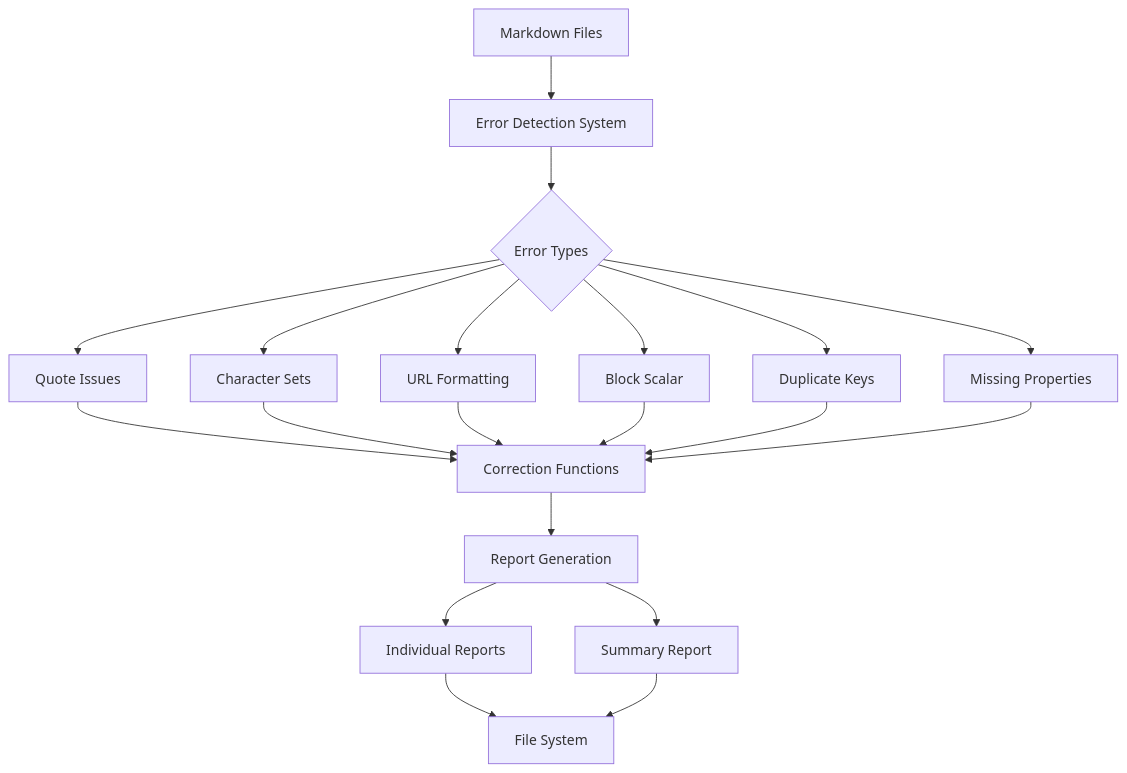
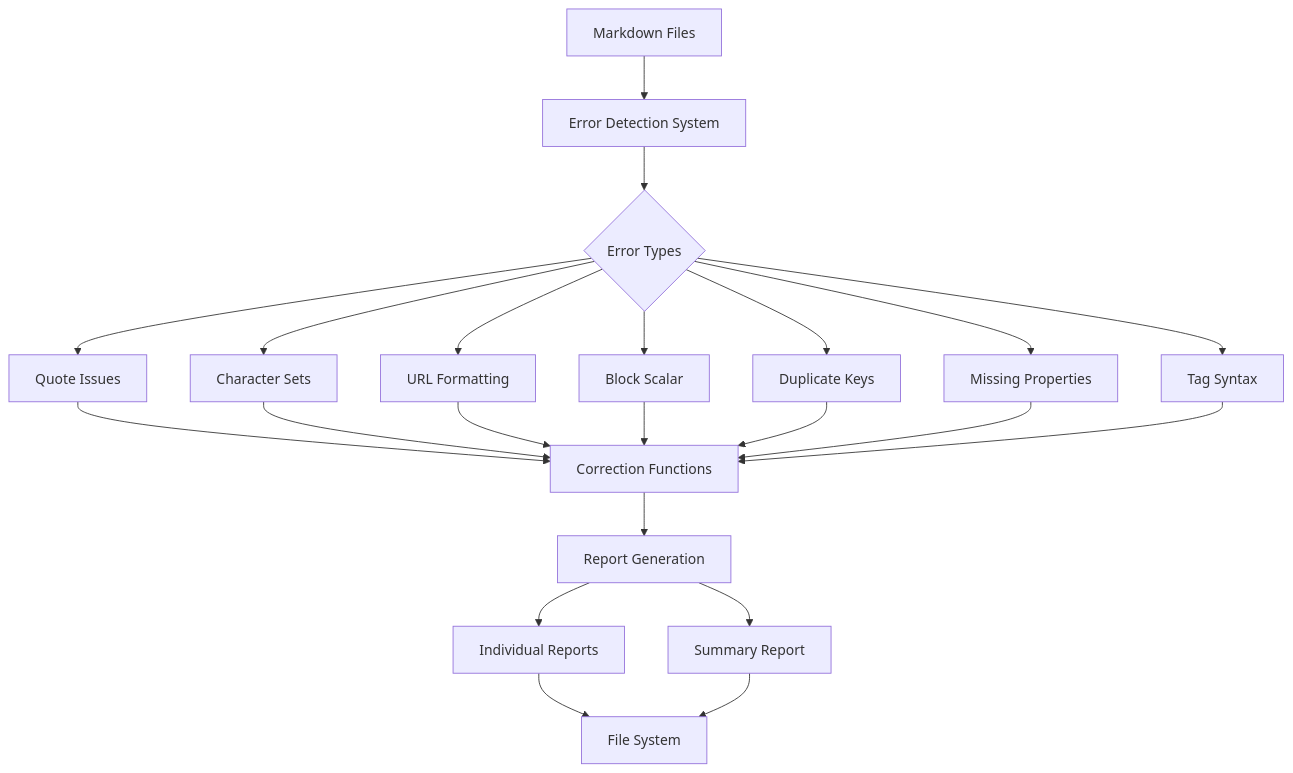
One commit to mpstaton/lossless-public changed the first of 2 diagrams in site/src/content/specs/Cases-and-Corrections-for-YAML-Content-Wide.md. Above: the diagram before and after it, drawn with Mermaid. The commit also changed other lines of this file and 14 other files, not shown here.

````diff
--- a/site/src/content/specs/Cases-and-Corrections-for-YAML-Content-Wide.md
+++ b/site/src/content/specs/Cases-and-Corrections-for-YAML-Content-Wide.md
@@ -38,22 +50,24 @@
 ```mermaid
 graph TD
     A[Markdown Files] --> B[Error Detection System]
     B --> C{Error Types}
     C --> D[Quote Issues]
     C --> E[Character Sets]
     C --> F[URL Formatting]
     C --> G[Block Scalar]
     C --> H[Duplicate Keys]
     C --> I[Missing Properties]
-    D --> J[Correction Functions]
-    E --> J
-    F --> J
-    G --> J
-    H --> J
-    I --> J
-    J --> K[Report Generation]
-    K --> L[Individual Reports]
-    K --> M[Summary Report]
-    L --> N[File System]
-    M --> N
+    C --> J[Tag Syntax]
+    D --> K[Correction Functions]
+    E --> K
+    F --> K
+    G --> K
+    H --> K
+    I --> K
+    J --> K
+    K --> L[Report Generation]
+    L --> M[Individual Reports]
+    L --> N[Summary Report]
+    M --> O[File System]
+    N --> O
 ```
````
